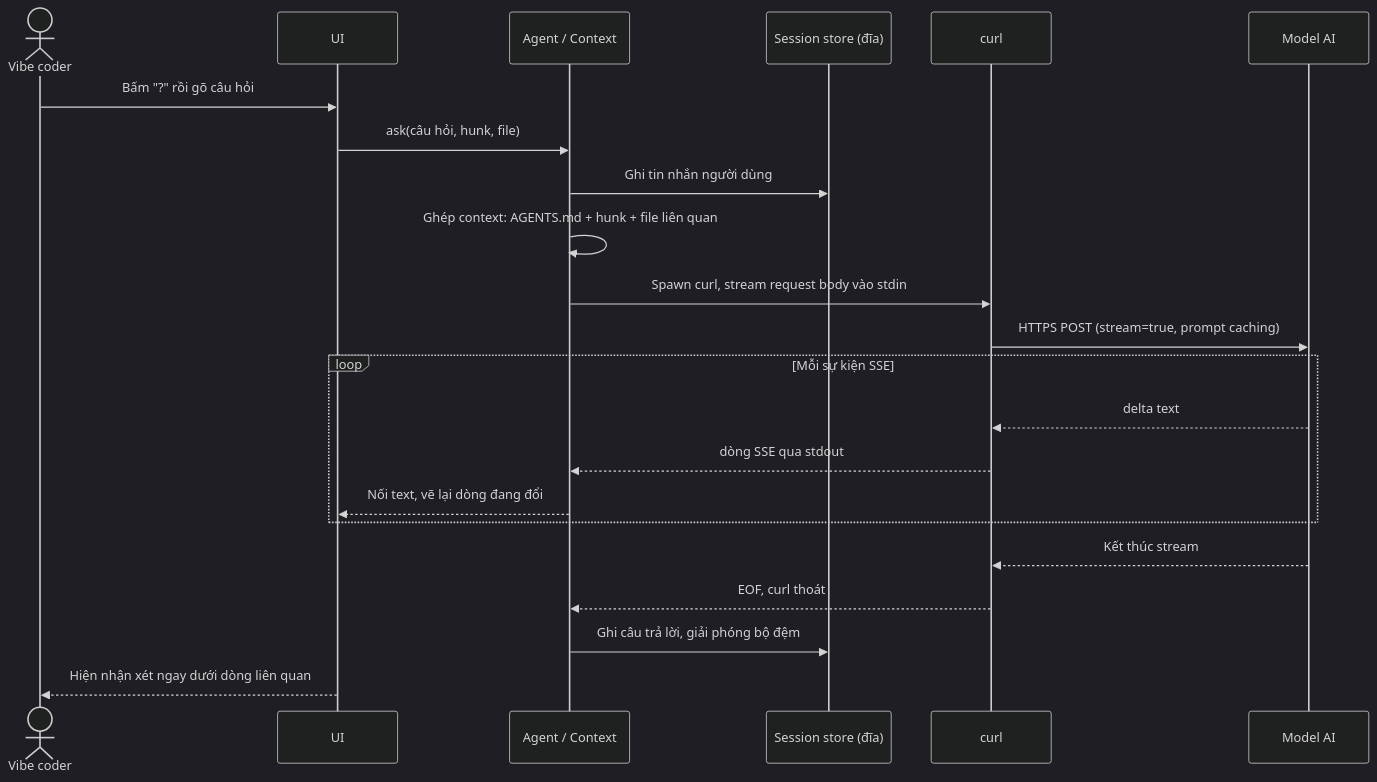
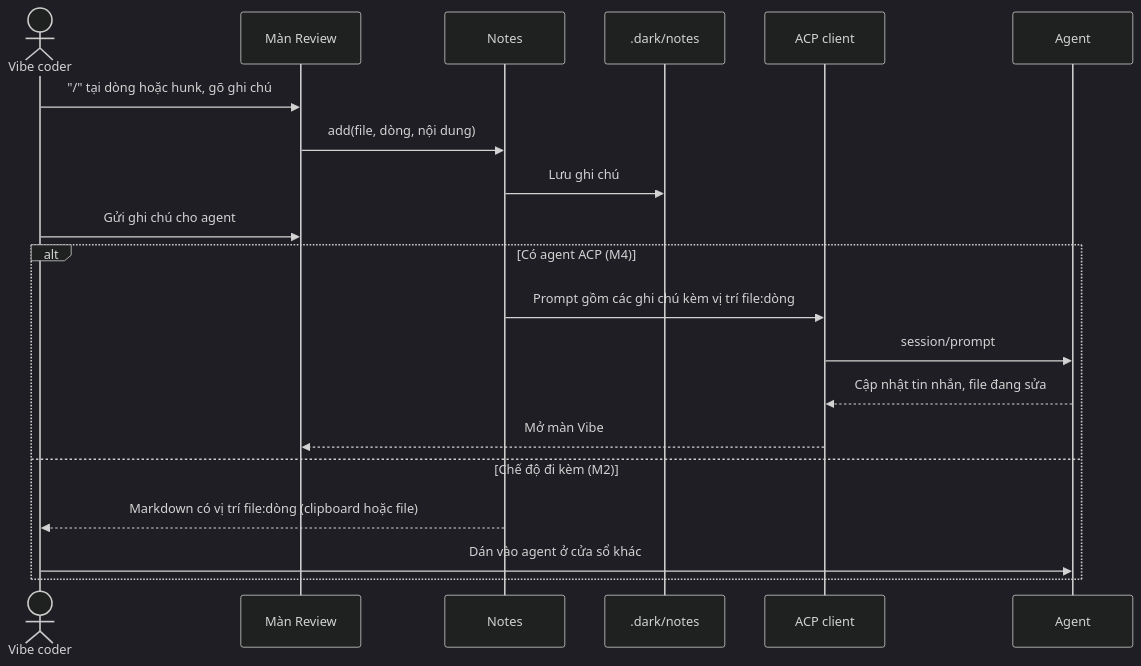
The third of 7 diagrams in docs/SEQUENCE.md (lhnhidev/dark), drawn with Mermaid (dark theme) before and after one commit. The commit also changed other lines of this file and 7 other files, not shown here.

Commit message:
docs: redefine product scope and roadmap

````diff
--- a/docs/SEQUENCE.md
+++ b/docs/SEQUENCE.md
@@ -54,25 +64,23 @@
 ```mermaid
 sequenceDiagram
     actor U as Vibe coder
-    participant UI as UI
-    participant AG as Agent / Context
-    participant ST as Session store (đĩa)
-    participant C as curl
-    participant M as Model AI
+    participant UI as Màn Review
+    participant NT as Notes
+    participant ST as .dark/notes
+    participant AC as ACP client
+    participant AG as Agent
 
-    U->>UI: Bấm "?" rồi gõ câu hỏi
-    UI->>AG: ask(câu hỏi, hunk, file)
-    AG->>ST: Ghi tin nhắn người dùng
-    AG->>AG: Ghép context: AGENTS.md + hunk + file liên quan
-    AG->>C: Spawn curl, stream request body vào stdin
-    C->>M: HTTPS POST (stream=true, prompt caching)
-    loop Mỗi sự kiện SSE
-        M-->>C: delta text
-        C-->>AG: dòng SSE qua stdout
-        AG-->>UI: Nối text, vẽ lại dòng đang đổi
+    U->>UI: "/" tại dòng hoặc hunk, gõ ghi chú
+    UI->>NT: add(file, dòng, nội dung)
+    NT->>ST: Lưu ghi chú
+    U->>UI: Gửi ghi chú cho agent
+    alt Có agent ACP (M4)
+        NT->>AC: Prompt gồm các ghi chú kèm vị trí file:dòng
+        AC->>AG: session/prompt
+        AG-->>AC: Cập nhật tin nhắn, file đang sửa
+        AC-->>UI: Mở màn Vibe
+    else Chế độ đi kèm (M2)
+        NT-->>U: Markdown có vị trí file:dòng (clipboard hoặc file)
+        U->>AG: Dán vào agent ở cửa sổ khác
     end
-    M-->>C: Kết thúc stream
-    C-->>AG: EOF, curl thoát
-    AG->>ST: Ghi câu trả lời, giải phóng bộ đệm
-    UI-->>U: Hiện nhận xét ngay dưới dòng liên quan
 ```
````
